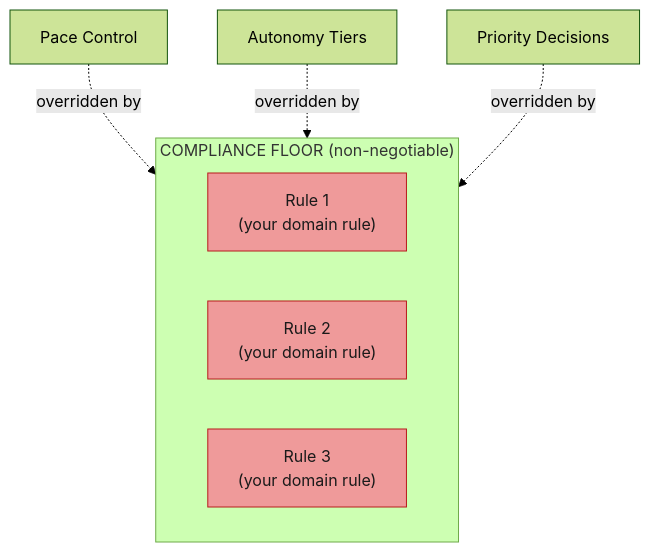
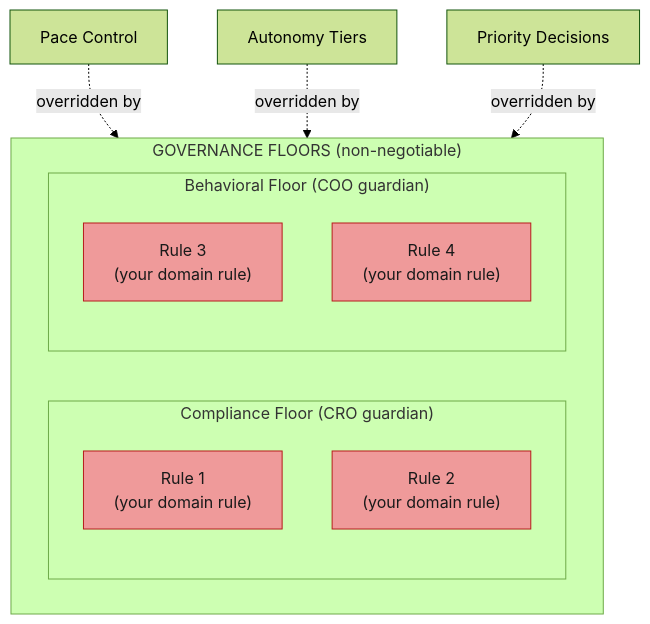
One commit to rdunie/venutian-antfarm changed the tenth of 23 diagrams in docs/COLLABORATION-MODEL.md. Above: the diagram before and after it, drawn with Mermaid (forest theme). The commit also changed other lines of this file, not shown here.

First line of the commit message:
docs: update COLLABORATION-MODEL.md for CRO rename and multi-floor

````diff
--- a/docs/COLLABORATION-MODEL.md
+++ b/docs/COLLABORATION-MODEL.md
@@ -374,16 +374,22 @@
 ```mermaid
 flowchart TD
-    subgraph Floor ["COMPLIANCE FLOOR (non-negotiable)"]
-        S1["Rule 1\n(your domain rule)"]
-        S2["Rule 2\n(your domain rule)"]
-        S3["Rule 3\n(your domain rule)"]
+    subgraph Floors ["GOVERNANCE FLOORS (non-negotiable)"]
+        subgraph CFloor ["Compliance Floor (CRO guardian)"]
+            S1["Rule 1\n(your domain rule)"]
+            S2["Rule 2\n(your domain rule)"]
+        end
+        subgraph BFloor ["Behavioral Floor (COO guardian)"]
+            S3["Rule 3\n(your domain rule)"]
+            S4["Rule 4\n(your domain rule)"]
+        end
     end
 
-    PACE["Pace Control"] -.->|"overridden by"| Floor
-    AUTO["Autonomy Tiers"] -.->|"overridden by"| Floor
-    PRIO["Priority Decisions"] -.->|"overridden by"| Floor
+    PACE["Pace Control"] -.->|"overridden by"| Floors
+    AUTO["Autonomy Tiers"] -.->|"overridden by"| Floors
+    PRIO["Priority Decisions"] -.->|"overridden by"| Floors
 
     style S1 fill:#ef9a9a,stroke:#b71c1c,color:#1a1a1a
     style S2 fill:#ef9a9a,stroke:#b71c1c,color:#1a1a1a
     style S3 fill:#ef9a9a,stroke:#b71c1c,color:#1a1a1a
+    style S4 fill:#ef9a9a,stroke:#b71c1c,color:#1a1a1a
 ```
````
